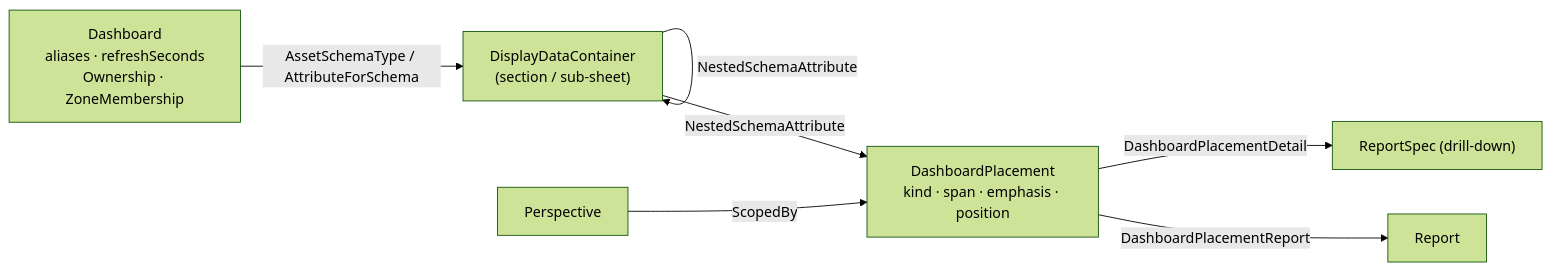
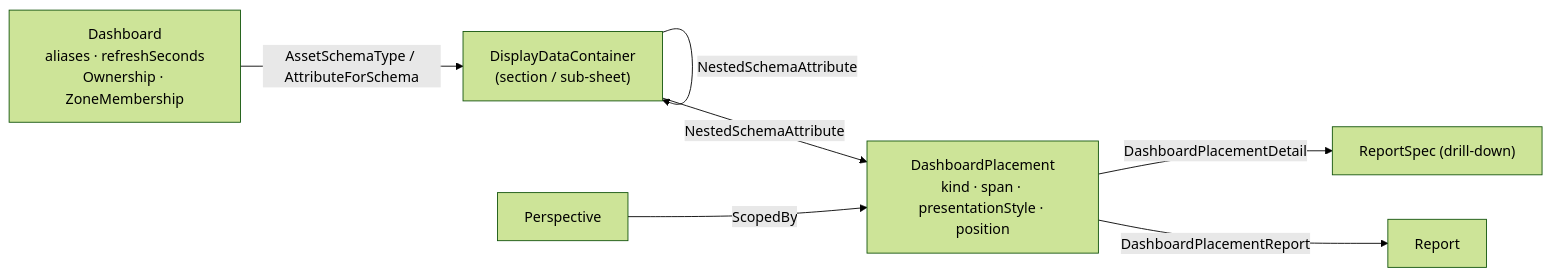
The sixth of 6 diagrams in portal-docs/Internals/report-specs-dashboards-egeria-model.md (odpi/egeria-workspaces), drawn with Mermaid (forest theme) before and after one commit. The commit also changed other lines of this file and 1 other file, not shown here.

First line of the commit message:
docs(portal): DashboardPlacement emphasis is renamed presentationStyle (#796)

````diff
--- a/portal-docs/Internals/report-specs-dashboards-egeria-model.md
+++ b/portal-docs/Internals/report-specs-dashboards-egeria-model.md
@@ -450,16 +450,16 @@
 ```mermaid
 flowchart LR
     DB["Dashboard<br/>aliases · refreshSeconds<br/>Ownership · ZoneMembership"]
     SEC["DisplayDataContainer<br/>(section / sub-sheet)"]
-    PL["DashboardPlacement<br/>kind · span · emphasis · position"]
+    PL["DashboardPlacement<br/>kind · span · presentationStyle · position"]
     REP["Report"]
     RS["ReportSpec (drill-down)"]
     P["Perspective"]
 
     DB -- "AssetSchemaType / AttributeForSchema" --> SEC
     SEC -- "NestedSchemaAttribute" --> PL
     SEC -- "NestedSchemaAttribute" --> SEC
     PL -- "DashboardPlacementReport" --> REP
     PL -- "DashboardPlacementDetail" --> RS
     P -- "ScopedBy" --> PL
 ```
````
